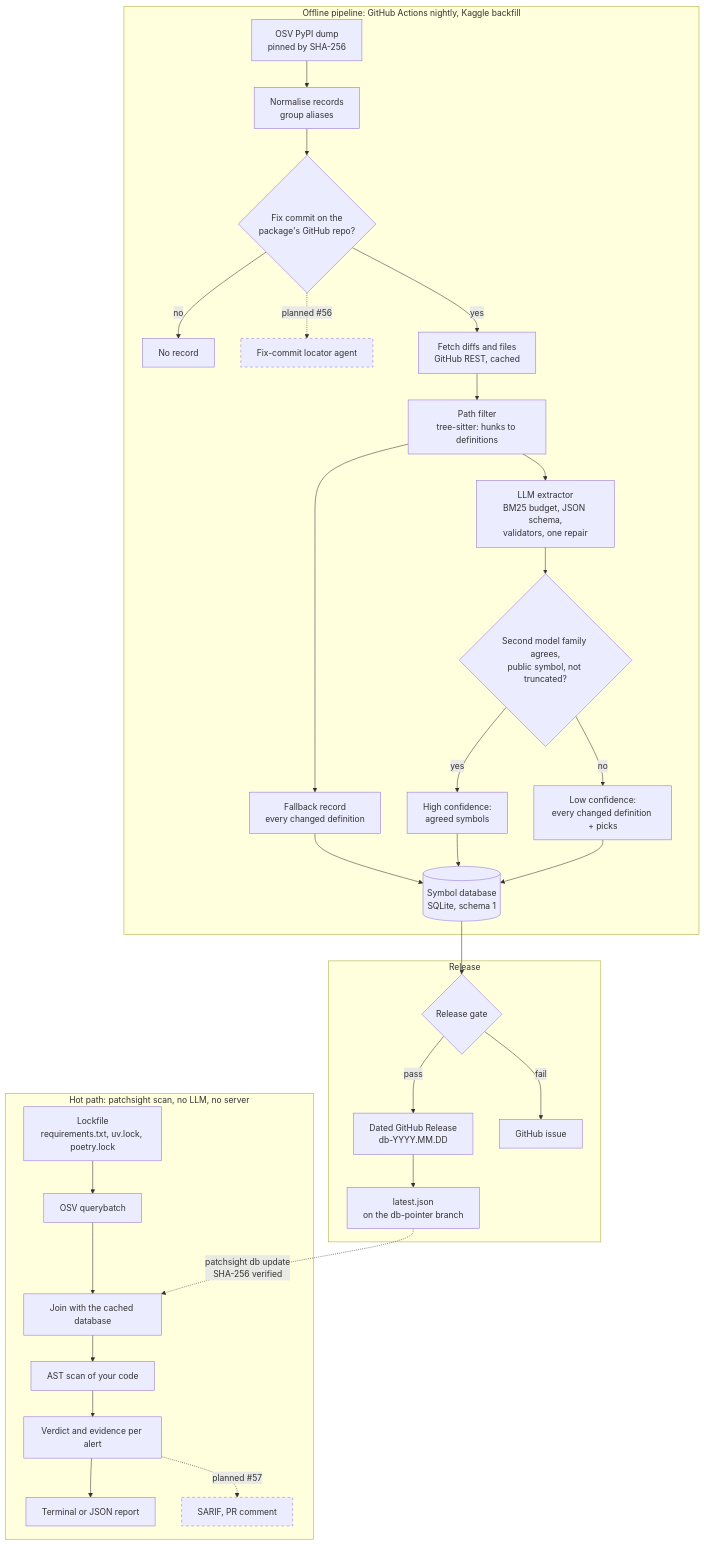
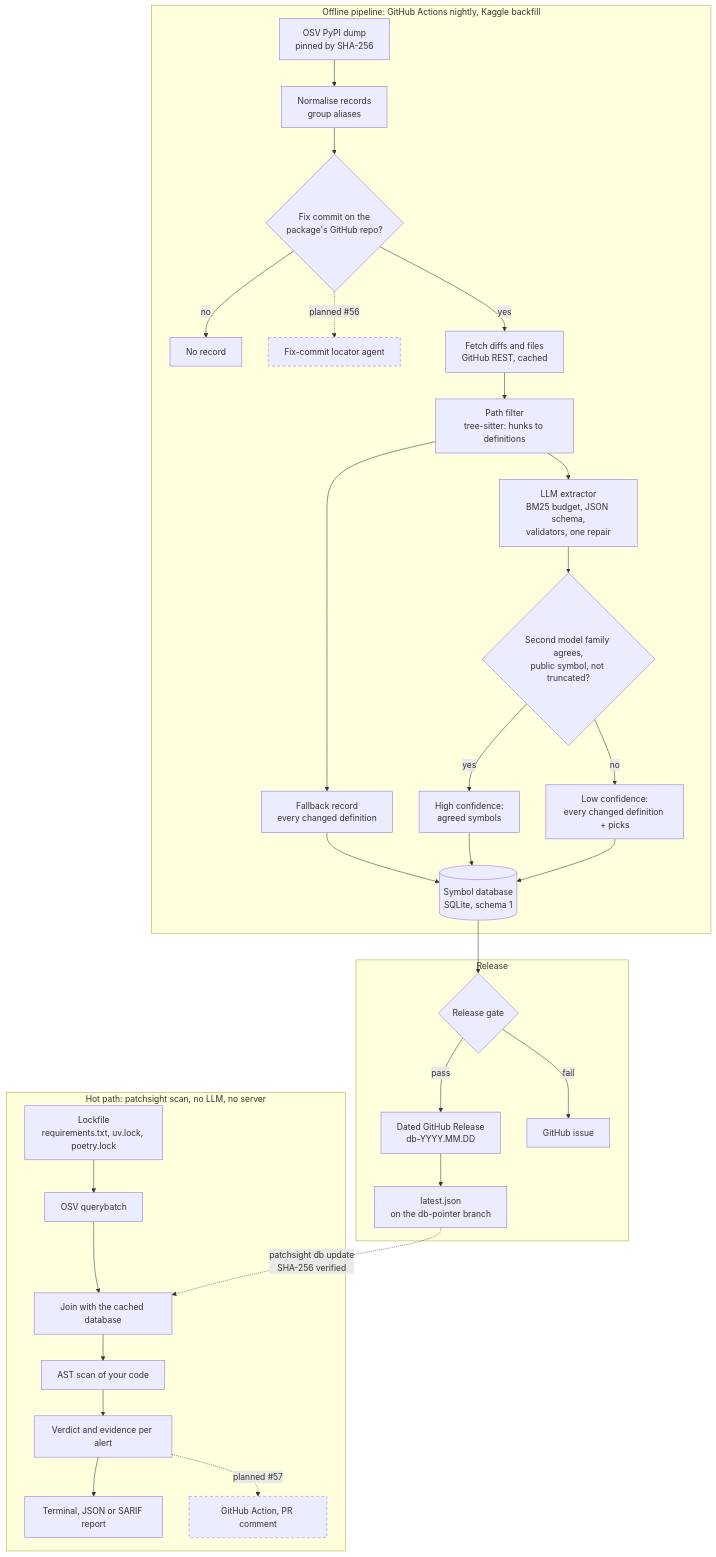
The diagram in docs/architecture.md (professor3333/PatchSight), drawn with Mermaid before and after one commit. The commit also changed other lines of this file and 3 other files, not shown here.

````diff
--- a/docs/architecture.md
+++ b/docs/architecture.md
@@ -10,35 +10,35 @@
 ```mermaid
 flowchart TB
     subgraph OFFLINE["Offline pipeline: GitHub Actions nightly, Kaggle backfill"]
         A["OSV PyPI dump<br/>pinned by SHA-256"] --> B["Normalise records<br/>group aliases"]
         B --> C{"Fix commit on the<br/>package's GitHub repo?"}
         C -- no --> Z["No record"]
         C -. "planned #56" .-> D["Fix-commit locator agent"]:::planned
         C -- yes --> E["Fetch diffs and files<br/>GitHub REST, cached"]
         E --> F["Path filter<br/>tree-sitter: hunks to definitions"]
         F --> G["Fallback record<br/>every changed definition"]
         F --> H["LLM extractor<br/>BM25 budget, JSON schema,<br/>validators, one repair"]
         H --> I{"Second model family agrees,<br/>public symbol, not truncated?"}
         I -- yes --> HI["High confidence:<br/>agreed symbols"]
         I -- no --> LO["Low confidence:<br/>every changed definition + picks"]
         G --> K[("Symbol database<br/>SQLite, schema 1")]
         HI --> K
         LO --> K
     end
     subgraph RELEASE["Release"]
         K --> Q{"Release gate"}
         Q -- pass --> R["Dated GitHub Release<br/>db-YYYY.MM.DD"]
         R --> P["latest.json<br/>on the db-pointer branch"]
         Q -- fail --> X["GitHub issue"]
     end
     subgraph HOT["Hot path: patchsight scan, no LLM, no server"]
         L["Lockfile<br/>requirements.txt, uv.lock, poetry.lock"] --> M["OSV querybatch"]
         M --> N["Join with the cached database"]
         N --> O["AST scan of your code"]
         O --> V["Verdict and evidence per alert"]
-        V --> T["Terminal or JSON report"]
-        V -. "planned #57" .-> S["SARIF, PR comment"]:::planned
+        V --> T["Terminal, JSON or SARIF report"]
+        V -. "planned #57" .-> S["GitHub Action, PR comment"]:::planned
     end
     P -. "patchsight db update<br/>SHA-256 verified" .-> N
     classDef planned stroke-dasharray: 5 5
 ```
````
